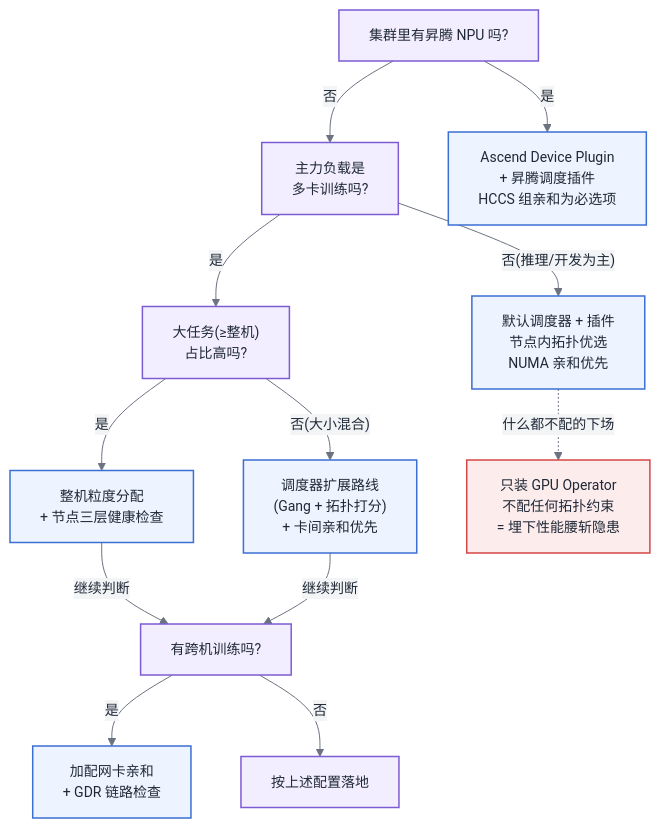
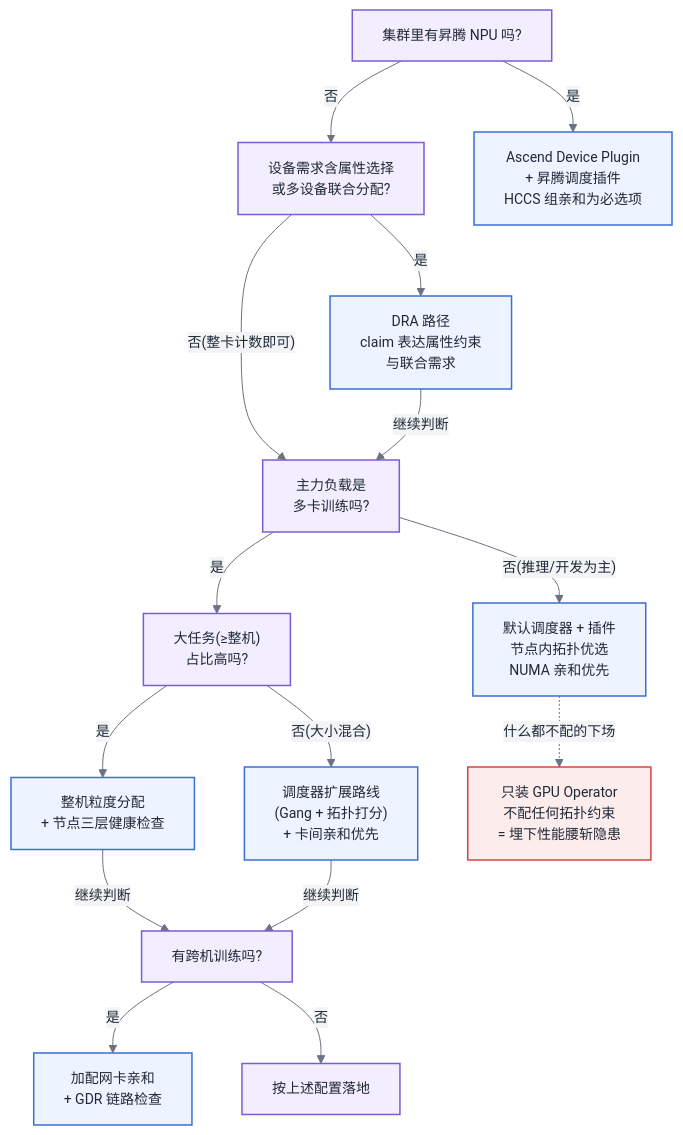
The third of 3 diagrams in 第二部分-算力底座/第08章-K8s上的加速卡.md (cdavid817/AI-Infra), drawn with Mermaid before and after one commit. The commit also changed other lines of this file and 8 other files, not shown here.

````diff
--- a/第二部分-算力底座/第08章-K8s上的加速卡.md
+++ b/第二部分-算力底座/第08章-K8s上的加速卡.md
@@ -135,34 +194,39 @@
 ```mermaid
 %%{init: {'theme':'base','themeVariables':{
   'primaryColor':'#EEF4FF','primaryBorderColor':'#3B6FD4','primaryTextColor':'#1F2937',
   'secondaryColor':'#F3F4F6','tertiaryColor':'#FFFFFF',
   'lineColor':'#6B7280','fontFamily':'-apple-system, Segoe UI, Helvetica, Arial, sans-serif','fontSize':'14px'
 }}}%%
 flowchart TB
     classDef ctrl fill:#F3EEFF,stroke:#7C5CD4,stroke-width:1.5px,color:#1F2937
     classDef compute fill:#EEF4FF,stroke:#3B6FD4,stroke-width:1.5px,color:#1F2937
     classDef risk fill:#FDECEC,stroke:#D64545,stroke-width:1.5px,color:#1F2937
 
     Q0["集群里有昇腾 NPU 吗?"]:::ctrl
+    QD["设备需求含属性选择<br/>或多设备联合分配?"]:::ctrl
+    AD["DRA 路径<br/>claim 表达属性约束<br/>与联合需求"]:::compute
     Q1["主力负载是<br/>多卡训练吗?"]:::ctrl
     Q2["大任务(≥整机)<br/>占比高吗?"]:::ctrl
     Q3["有跨机训练吗?"]:::ctrl
     A1["Ascend Device Plugin<br/>+ 昇腾调度插件<br/>HCCS 组亲和为必选项"]:::compute
     A2["整机粒度分配<br/>+ 节点三层健康检查"]:::compute
     A3["调度器扩展路线<br/>(Gang + 拓扑打分)<br/>+ 卡间亲和优先"]:::compute
     A4["默认调度器 + 插件<br/>节点内拓扑优选<br/>NUMA 亲和优先"]:::compute
     A5["加配网卡亲和<br/>+ GDR 链路检查"]:::compute
     W["只装 GPU Operator<br/>不配任何拓扑约束<br/>= 埋下性能腰斩隐患"]:::risk
 
     Q0 -->|"是"| A1
-    Q0 -->|"否"| Q1
+    Q0 -->|"否"| QD
+    QD -->|"是"| AD
+    QD -->|"否(整卡计数即可)"| Q1
+    AD -->|"继续判断"| Q1
     Q1 -->|"是"| Q2
     Q1 -->|"否(推理/开发为主)"| A4
     Q2 -->|"是"| A2
     Q2 -->|"否(大小混合)"| A3
     A2 -->|"继续判断"| Q3
     A3 -->|"继续判断"| Q3
     Q3 -->|"是"| A5
     Q3 -->|"否"| DONE["按上述配置落地"]:::ctrl
     A4 -.->|"什么都不配的下场"| W
 ```
````
